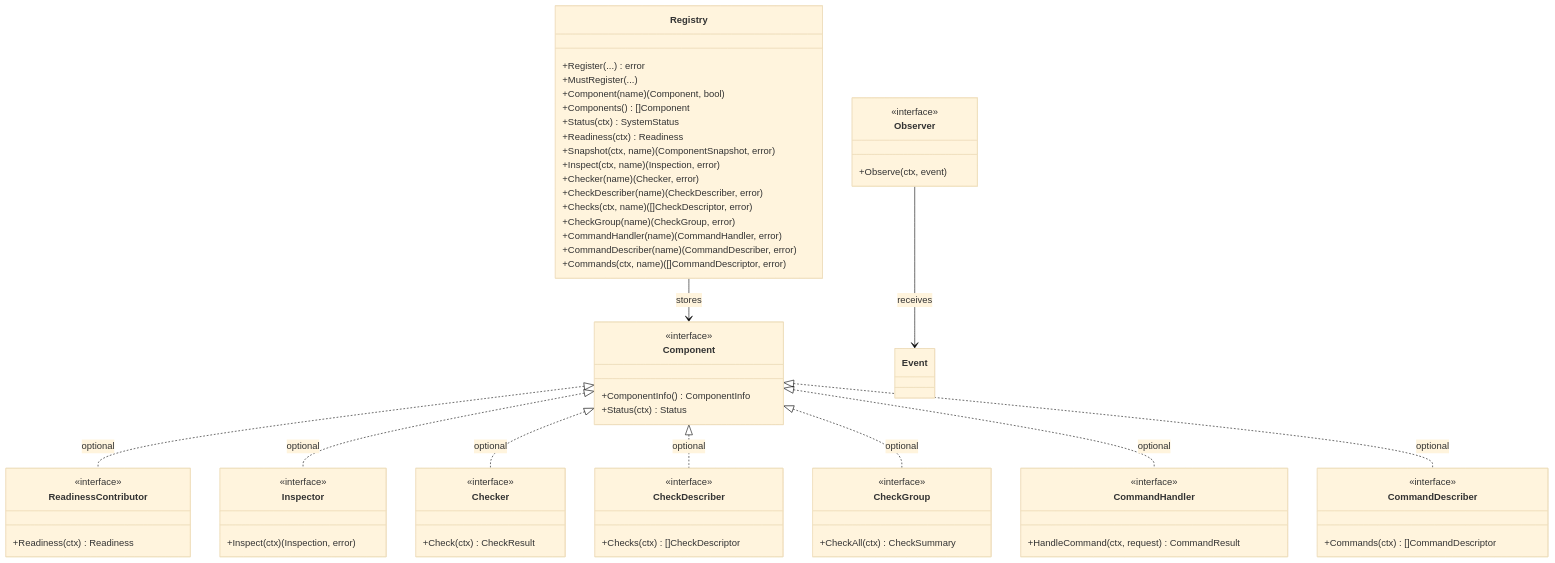
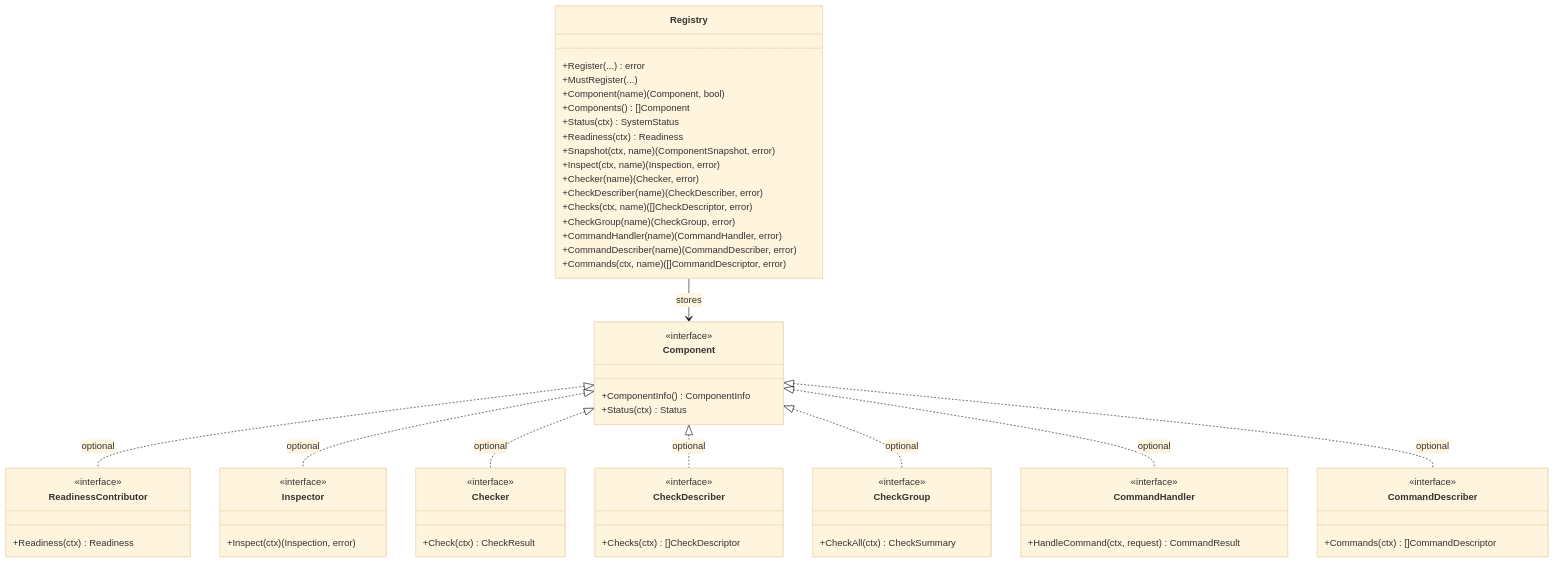
One commit to jaredjakacky/opskit changed the second of 4 diagrams in docs/design.md. Above: the diagram before and after it, drawn with Mermaid (base theme). The commit also changed other lines of this file and 9 other files, not shown here.

Commit message:
Defer event observer API

````diff
--- a/docs/design.md
+++ b/docs/design.md
@@ -216,76 +208,70 @@
 ```mermaid
 classDiagram
   class Registry {
     +Register(...) error
     +MustRegister(...)
     +Component(name) (Component, bool)
     +Components() []Component
     +Status(ctx) SystemStatus
     +Readiness(ctx) Readiness
     +Snapshot(ctx, name) (ComponentSnapshot, error)
     +Inspect(ctx, name) (Inspection, error)
     +Checker(name) (Checker, error)
     +CheckDescriber(name) (CheckDescriber, error)
     +Checks(ctx, name) ([]CheckDescriptor, error)
     +CheckGroup(name) (CheckGroup, error)
     +CommandHandler(name) (CommandHandler, error)
     +CommandDescriber(name) (CommandDescriber, error)
     +Commands(ctx, name) ([]CommandDescriptor, error)
   }
 
   class Component {
     <<interface>>
     +ComponentInfo() ComponentInfo
     +Status(ctx) Status
   }
 
   class ReadinessContributor {
     <<interface>>
     +Readiness(ctx) Readiness
   }
 
   class Inspector {
     <<interface>>
     +Inspect(ctx) (Inspection, error)
   }
 
   class Checker {
     <<interface>>
     +Check(ctx) CheckResult
   }
 
   class CheckDescriber {
     <<interface>>
     +Checks(ctx) []CheckDescriptor
   }
 
   class CheckGroup {
     <<interface>>
     +CheckAll(ctx) CheckSummary
   }
 
   class CommandHandler {
     <<interface>>
     +HandleCommand(ctx, request) CommandResult
   }
 
   class CommandDescriber {
     <<interface>>
     +Commands(ctx) []CommandDescriptor
   }
 
-  class Observer {
-    <<interface>>
-    +Observe(ctx, event)
-  }
-
   Registry --> Component : stores
   Component <|.. ReadinessContributor : optional
   Component <|.. Inspector : optional
   Component <|.. Checker : optional
   Component <|.. CheckDescriber : optional
   Component <|.. CheckGroup : optional
   Component <|.. CommandHandler : optional
   Component <|.. CommandDescriber : optional
-  Observer --> Event : receives
 ```
````
